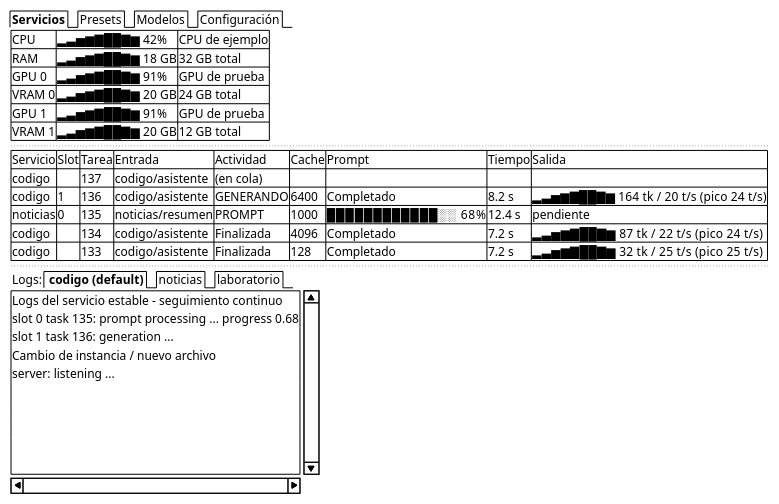
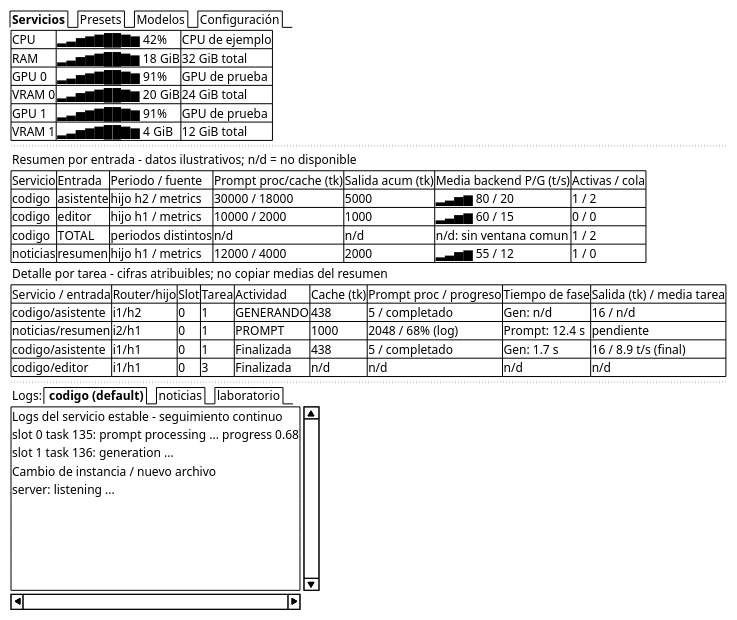
One commit to mstranich/coquena changed the diagram in docs/tui-servicio.salt.puml. Above: the diagram before and after it, drawn with PlantUML. The commit also changed 19 other files, not shown here.

```diff
--- a/docs/tui-servicio.salt.puml
+++ b/docs/tui-servicio.salt.puml
@@ -1,38 +1,46 @@
 @startsalt
 {
   {/ <b>Servicios | Presets | Modelos | Configuración }
   {
     {#
       CPU    | ▂▃▅▆▇██▇▆ 42%    | CPU de ejemplo
-      RAM    | ▂▃▅▆▇██▇▆ 18 GB | 32 GB total
+      RAM    | ▂▃▅▆▇██▇▆ 18 GiB | 32 GiB total
       GPU 0  | ▂▃▅▆▇██▇▆ 91%    | GPU de prueba
-      VRAM 0 | ▂▃▅▆▇██▇▆ 20 GB | 24 GB total
+      VRAM 0 | ▂▃▅▆▇██▇▆ 20 GiB | 24 GiB total
       GPU 1  | ▂▃▅▆▇██▇▆ 91%    | GPU de prueba
-      VRAM 1 | ▂▃▅▆▇██▇▆ 20 GB | 12 GB total
+      VRAM 1 | ▂▃▅▆▇██▇▆ 4 GiB | 12 GiB total
     }
     ...
+    { Resumen por entrada - datos ilustrativos; n/d = no disponible }
     {#
-      Servicio | Slot | Tarea | Entrada          | Actividad | Cache | Prompt              | Tiempo | Salida
-      codigo   | .    | 137   | codigo/asistente | (en cola) |     . | .                   |      . | .
-      codigo   | 1    | 136   | codigo/asistente | GENERANDO |  6400 | Completado          |  8.2 s | ▂▃▅▆▇██▇▆  164 tk / 20 t/s (pico 24 t/s)
-      noticias | 0    | 135   | noticias/resumen | PROMPT    |  1000 | ████████████░░  68% | 12.4 s | pendiente
-      codigo   | .    | 134   | codigo/asistente | Finalizada |  4096 | Completado          |  7.2 s | ▂▃▅▆▇██▇▆   87 tk / 22 t/s (pico 24 t/s)
-      codigo   | .    | 133   | codigo/asistente | Finalizada |   128 | Completado          |  7.2 s | ▂▃▅▆▇██▇▆   32 tk / 25 t/s (pico 25 t/s)
+      Servicio | Entrada    | Periodo / fuente | Prompt proc/cache (tk) | Salida acum (tk) | Media backend P/G (t/s) | Activas / cola
+      codigo   | asistente  | hijo h2 / metrics | 30000 / 18000        | 5000            | ▂▃▅▆ 80 / 20           | 1 / 2
+      codigo   | editor     | hijo h1 / metrics | 10000 / 2000         | 1000            | ▂▃▅▆ 60 / 15           | 0 / 0
+      codigo   | TOTAL      | periodos distintos | n/d                | n/d             | n/d: sin ventana comun | 1 / 2
+      noticias | resumen    | hijo h1 / metrics | 12000 / 4000         | 2000            | ▂▃▅▆ 55 / 12           | 1 / 0
+    }
+    { Detalle por tarea - cifras atribuibles; no copiar medias del resumen }
+    {#
+      Servicio / entrada | Router/hijo | Slot | Tarea | Actividad  | Cache (tk) | Prompt proc / progreso | Tiempo de fase | Salida (tk) / media tarea
+      codigo/asistente   | i1/h2       | 0    | 1     | GENERANDO  | 438        | 5 / completado        | Gen: n/d       | 16 / n/d
+      noticias/resumen   | i2/h1       | 0    | 1     | PROMPT     | 1000       | 2048 / 68% (log)      | Prompt: 12.4 s | pendiente
+      codigo/asistente   | i1/h1       | 0    | 1     | Finalizada | 438        | 5 / completado        | Gen: 1.7 s     | 16 / 8.9 t/s (final)
+      codigo/editor      | i1/h1       | 0    | 3     | Finalizada | n/d        | n/d                   | n/d            | n/d
     }
     ...
     {Logs: {/ <b> codigo (default) | noticias | laboratorio }}
     {S
       Logs del servicio estable - seguimiento continuo
       slot 0 task 135: prompt processing ... progress 0.68
       slot 1 task 136: generation ...
       Cambio de instancia / nuevo archivo
       server: listening ...
       .
       .
       .
       .
       .
     }
   }
 }
 @endsalt
```
